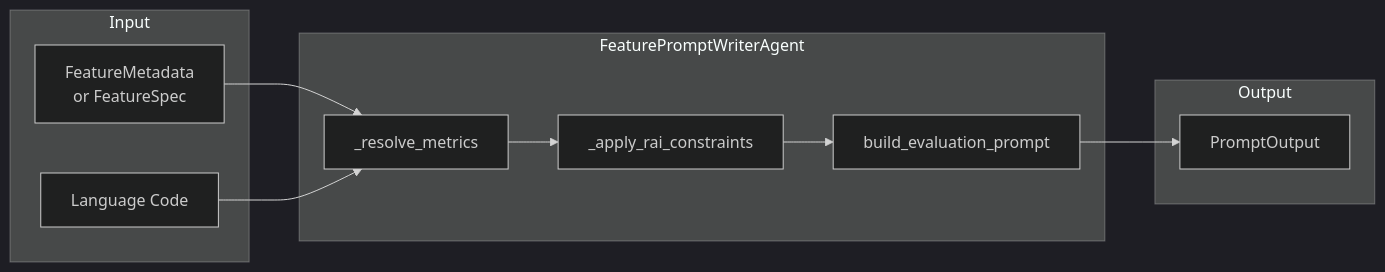
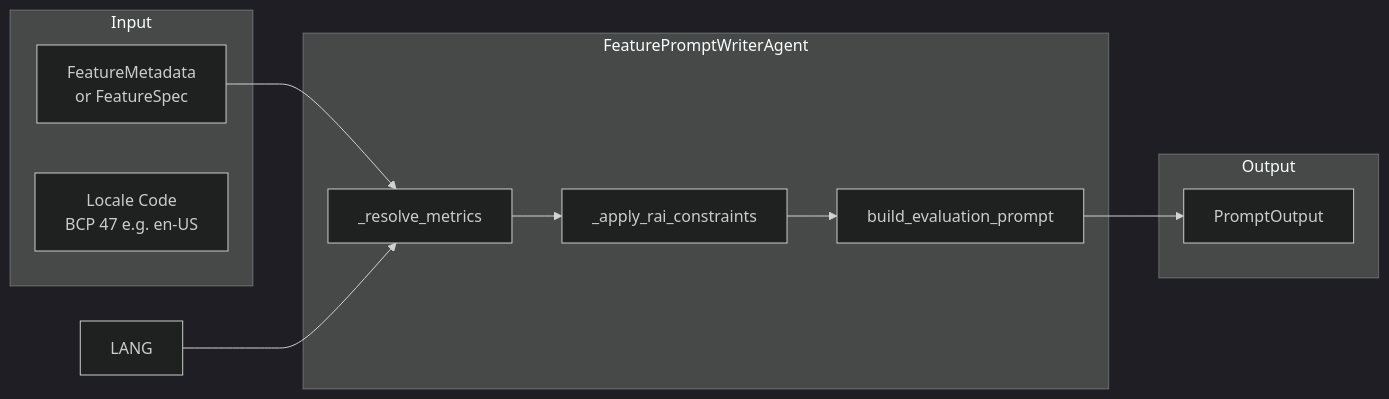
Before and after one commit to hshujuan/MetaFeature-Orchestrator: the second of 12 diagrams in TechnicalDocs/ArchitectureOverview.md, drawn with Mermaid (dark theme). The commit also changed other lines of this file and 3 other files, not shown here.

````diff
--- a/TechnicalDocs/ArchitectureOverview.md
+++ b/TechnicalDocs/ArchitectureOverview.md
@@ -148,23 +148,23 @@
 ```mermaid
 flowchart LR
     subgraph Input
         FM[FeatureMetadata<br/>or FeatureSpec]
-        LANG[Language Code]
+        LOCALE[Locale Code<br/>BCP 47 e.g. en-US]
     end
     
     subgraph Agent["FeaturePromptWriterAgent"]
         RESOLVE[_resolve_metrics]
         RAI[_apply_rai_constraints]
         BUILD[build_evaluation_prompt]
     end
     
     subgraph Output
         PO[PromptOutput]
     end
     
     FM --> RESOLVE
     LANG --> RESOLVE
     RESOLVE --> RAI
     RAI --> BUILD
     BUILD --> PO
 ```
````
